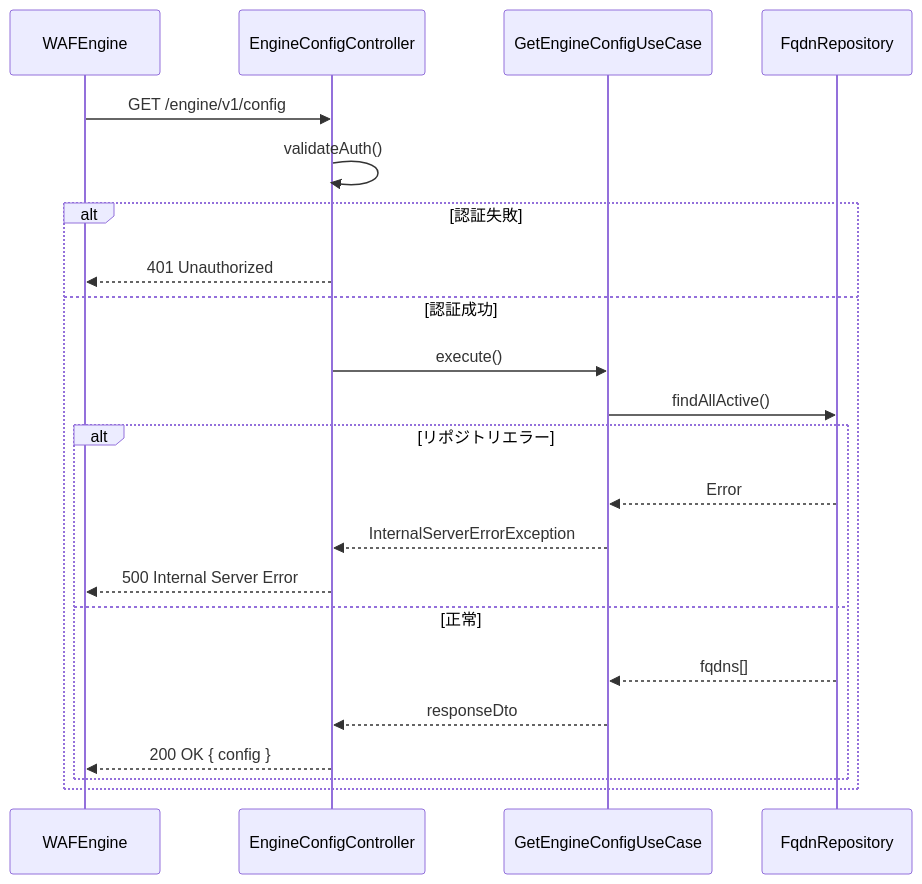
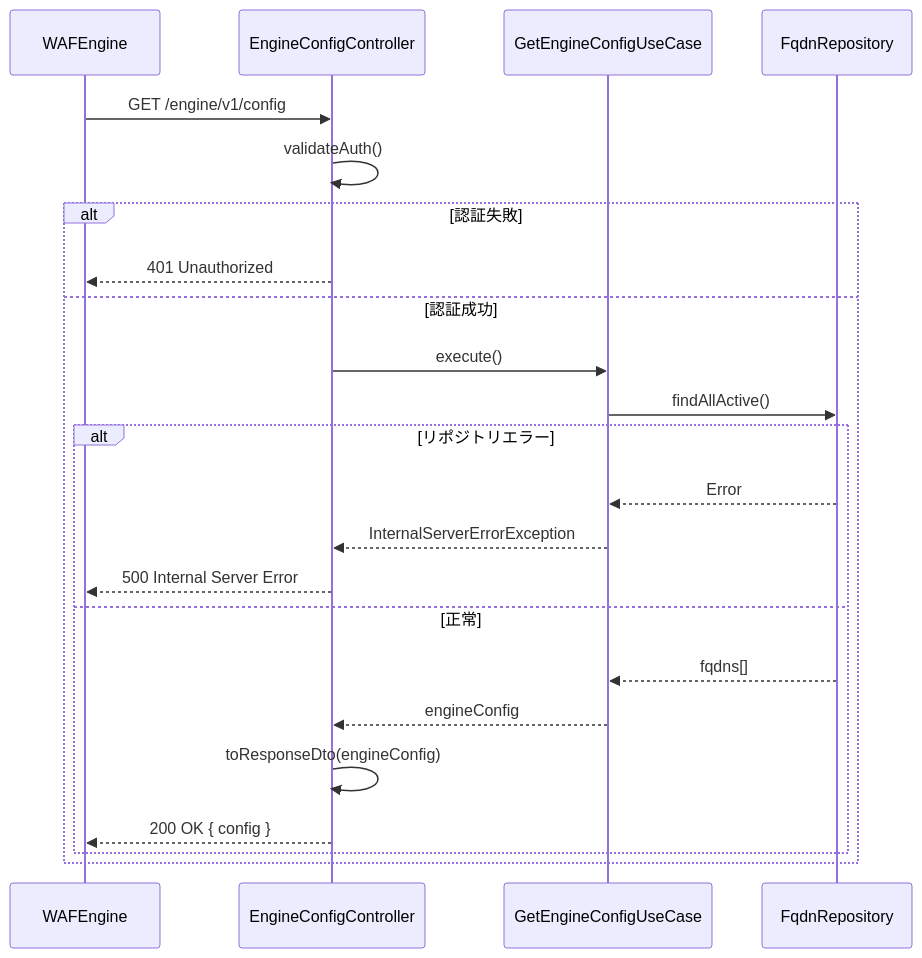
Before and after one commit to kencom2400/MrWebDefence-Console: the second of 3 diagrams in docs/detailed-design/MWD-100_waf-engine-config-delivery/sequence-diagrams.md, drawn with Mermaid. The commit also changed other lines of this file and 2 other files, not shown here.

First line of the commit message:
docs: Geminiレビュー指摘に対応 - Onion Architectureの責務分離と設計書の改善

````diff
--- a/docs/detailed-design/MWD-100_waf-engine-config-delivery/sequence-diagrams.md
+++ b/docs/detailed-design/MWD-100_waf-engine-config-delivery/sequence-diagrams.md
@@ -46,28 +46,29 @@
 ```mermaid
 sequenceDiagram
     participant WAFEngine
     participant EngineConfigController
     participant GetEngineConfigUseCase
     participant FqdnRepository
 
     WAFEngine->>EngineConfigController: GET /engine/v1/config
     EngineConfigController->>EngineConfigController: validateAuth()
     
     alt 認証失敗
         EngineConfigController-->>WAFEngine: 401 Unauthorized
     else 認証成功
         EngineConfigController->>GetEngineConfigUseCase: execute()
         
         GetEngineConfigUseCase->>FqdnRepository: findAllActive()
         
         alt リポジトリエラー
             FqdnRepository-->>GetEngineConfigUseCase: Error
             GetEngineConfigUseCase-->>EngineConfigController: InternalServerErrorException
             EngineConfigController-->>WAFEngine: 500 Internal Server Error
         else 正常
             FqdnRepository-->>GetEngineConfigUseCase: fqdns[]
-            GetEngineConfigUseCase-->>EngineConfigController: responseDto
+            GetEngineConfigUseCase-->>EngineConfigController: engineConfig
+            EngineConfigController->>EngineConfigController: toResponseDto(engineConfig)
             EngineConfigController-->>WAFEngine: 200 OK { config }
         end
     end
 ```
````
